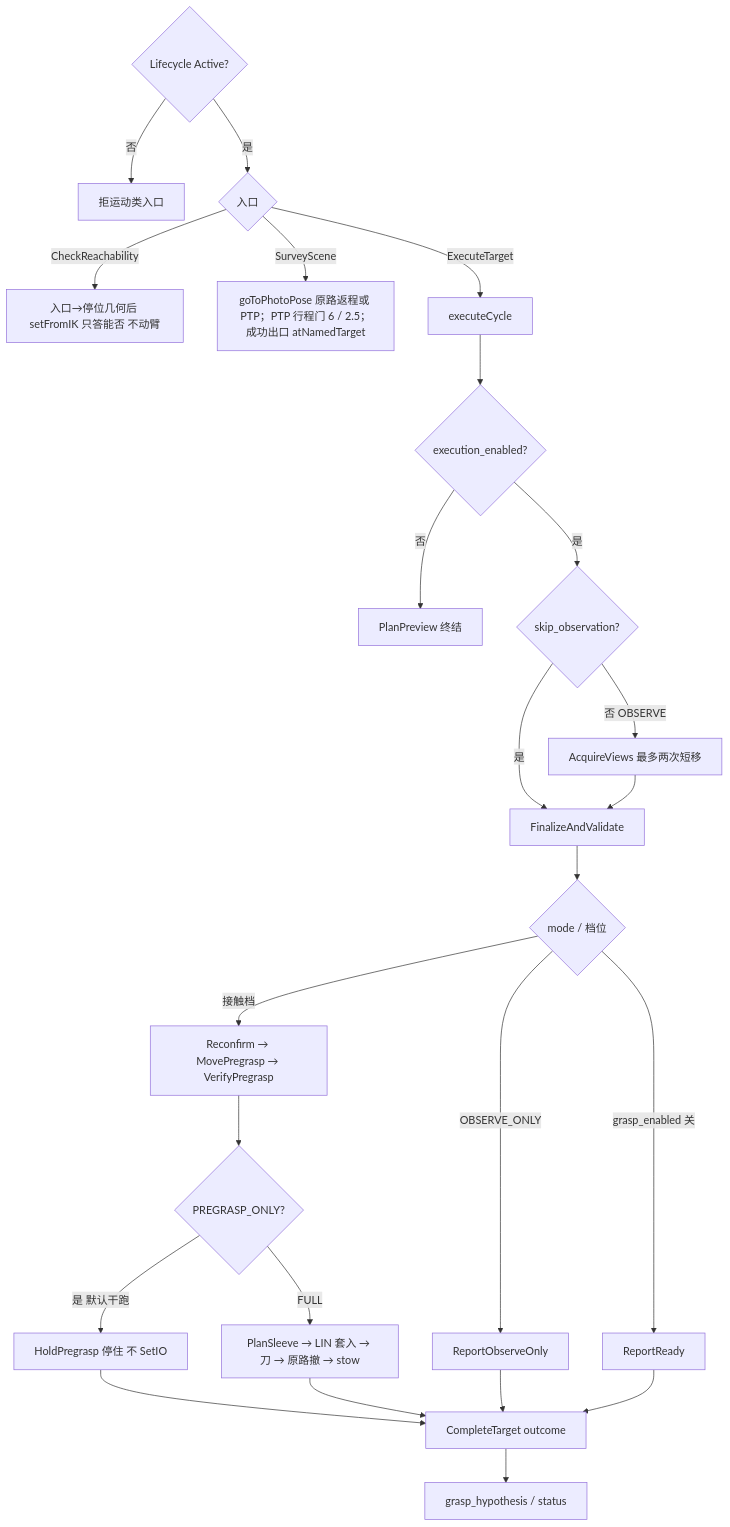
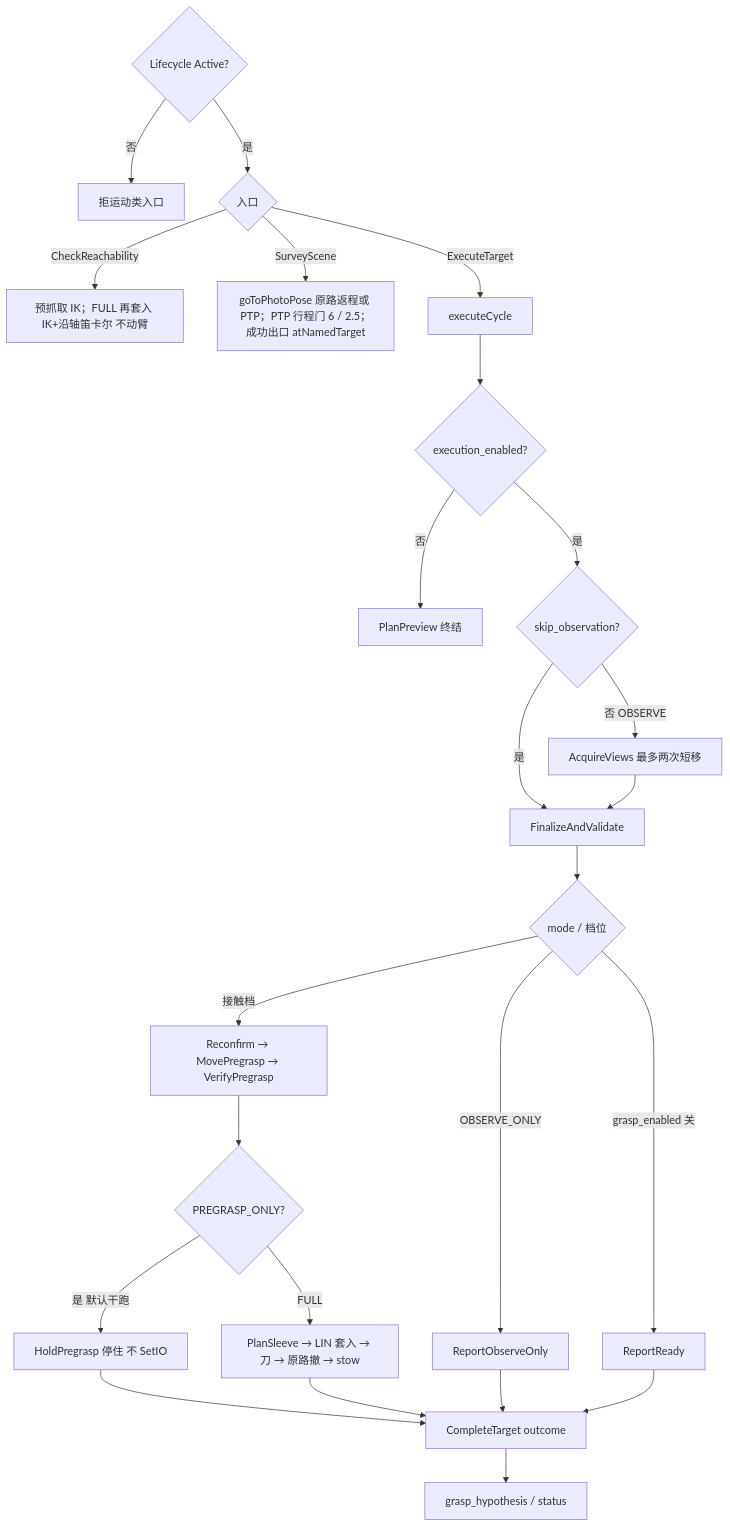
One commit to MUHAN11-c/aubo_boot changed the seventh of 13 diagrams in docs/io.md. Above: the diagram before and after it, drawn with Mermaid. The commit also changed other lines of this file and 66 other files, not shown here.

````diff
--- a/docs/io.md
+++ b/docs/io.md
@@ -373,27 +373,27 @@
 ```mermaid
 flowchart TB
   act{"Lifecycle Active?"}
   act -->|否| idle["拒运动类入口"]
   act -->|是| src{"入口"}
-  src -->|CheckReachability| ik["入口→停位几何后 setFromIK 只答能否 不动臂"]
+  src -->|CheckReachability| ik["预抓取 IK；FULL 再套入 IK+沿轴笛卡尔 不动臂"]
   src -->|SurveyScene| photo["goToPhotoPose 原路返程或 PTP；PTP 行程门 6 / 2.5；成功出口 atNamedTarget"]
   src -->|ExecuteTarget| cycle["executeCycle"]
   cycle --> en{"execution_enabled?"}
   en -->|否| preview["PlanPreview 终结"]
   en -->|是| skip{"skip_observation?"}
   skip -->|否 OBSERVE| views["AcquireViews 最多两次短移"]
   skip -->|是| fin["FinalizeAndValidate"]
   views --> fin
   fin --> mode{"mode / 档位"}
   mode -->|OBSERVE_ONLY| repO["ReportObserveOnly"]
   mode -->|grasp_enabled 关| repR["ReportReady"]
   mode -->|接触档| rec["Reconfirm → MovePregrasp → VerifyPregrasp"]
   rec --> pg{"PREGRASP_ONLY?"}
   pg -->|是 默认干跑| hold["HoldPregrasp 停住 不 SetIO"]
   pg -->|FULL| sleeve["PlanSleeve → LIN 套入 → 刀 → 原路撤 → stow"]
   hold --> done["CompleteTarget outcome"]
   sleeve --> done
   repO --> done
   repR --> done
   done --> hyp["grasp_hypothesis / status"]
 ```
````
